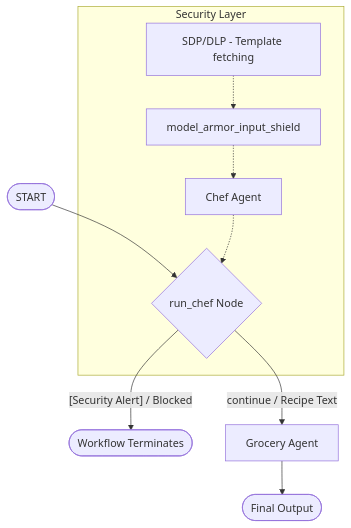
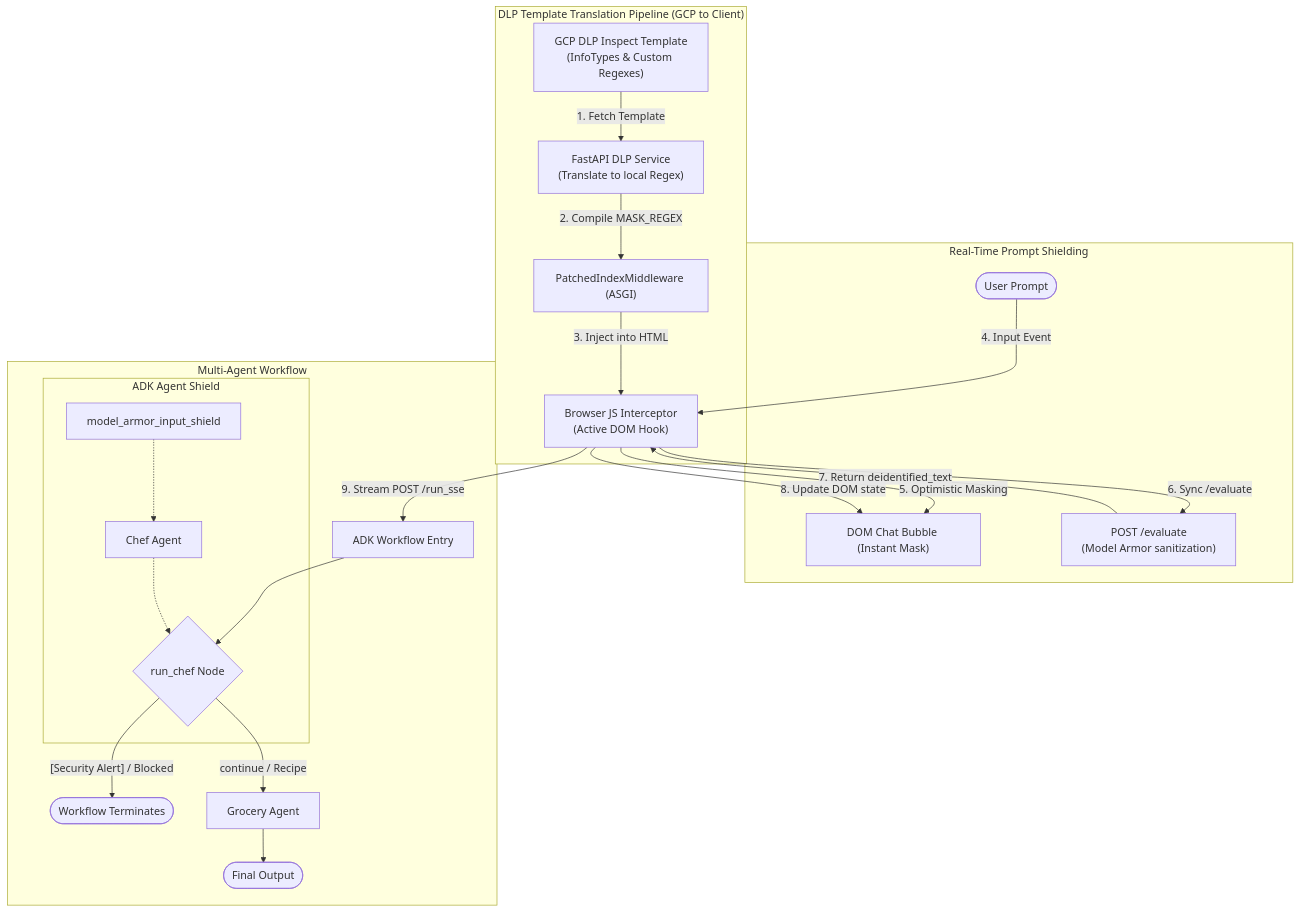
One commit to maorhz/chef-multi-agent changed the second of 2 diagrams in README.md. Above: the diagram before and after it, drawn with Mermaid. The commit also changed other lines of this file, not shown here.

````diff
--- a/README.md
+++ b/README.md
@@ -58,13 +58,32 @@
 ```mermaid
 graph TD
-    START([START]) --> run_chef{run_chef Node}
-    run_chef -- "[Security Alert] / Blocked" --> Halt([Workflow Terminates])
-    run_chef -- "continue / Recipe Text" --> Grocery[Grocery Agent]
-    Grocery --> Output([Final Output])
-    
-    subgraph Security Layer
-        sdp[SDP/DLP - Template fetching] -.-> callback[model_armor_input_shield]
-        callback -.-> chef_agent[Chef Agent]
-        chef_agent -.-> run_chef
+    %% Subgraph 1: GCP & Translation
+    subgraph "DLP Template Translation Pipeline (GCP to Client)"
+        dlp["GCP DLP Inspect Template<br/>(InfoTypes & Custom Regexes)"] -->|1. Fetch Template| backend["FastAPI DLP Service<br/>(Translate to local Regex)"]
+        backend -->|2. Compile MASK_REGEX| middleware["PatchedIndexMiddleware (ASGI)"]
+        middleware -->|3. Inject into HTML| browser["Browser JS Interceptor<br/>(Active DOM Hook)"]
+    end
+
+    %% Subgraph 2: Runtime Shielding
+    subgraph "Real-Time Prompt Shielding"
+        User([User Prompt]) -->|4. Input Event| browser
+        browser -->|5. Optimistic Masking| dom["DOM Chat Bubble (Instant Mask)"]
+        browser -->|6. Sync /evaluate| evaluate["POST /evaluate<br/>(Model Armor sanitization)"]
+        evaluate -->|7. Return deidentified_text| browser
+        browser -->|8. Update DOM state| dom
+    end
+
+    %% Subgraph 3: Workflow Execution
+    subgraph "Multi-Agent Workflow"
+        browser -->|9. Stream POST /run_sse| workflow["ADK Workflow Entry"]
+        workflow --> run_chef{run_chef Node}
+        run_chef -- "[Security Alert] / Blocked" --> Halt([Workflow Terminates])
+        run_chef -- "continue / Recipe" --> Grocery[Grocery Agent]
+        Grocery --> Output([Final Output])
+        
+        subgraph ADK Agent Shield
+            callback[model_armor_input_shield] -.-> chef_agent[Chef Agent]
+            chef_agent -.-> run_chef
+        end
     end
 ```
````
